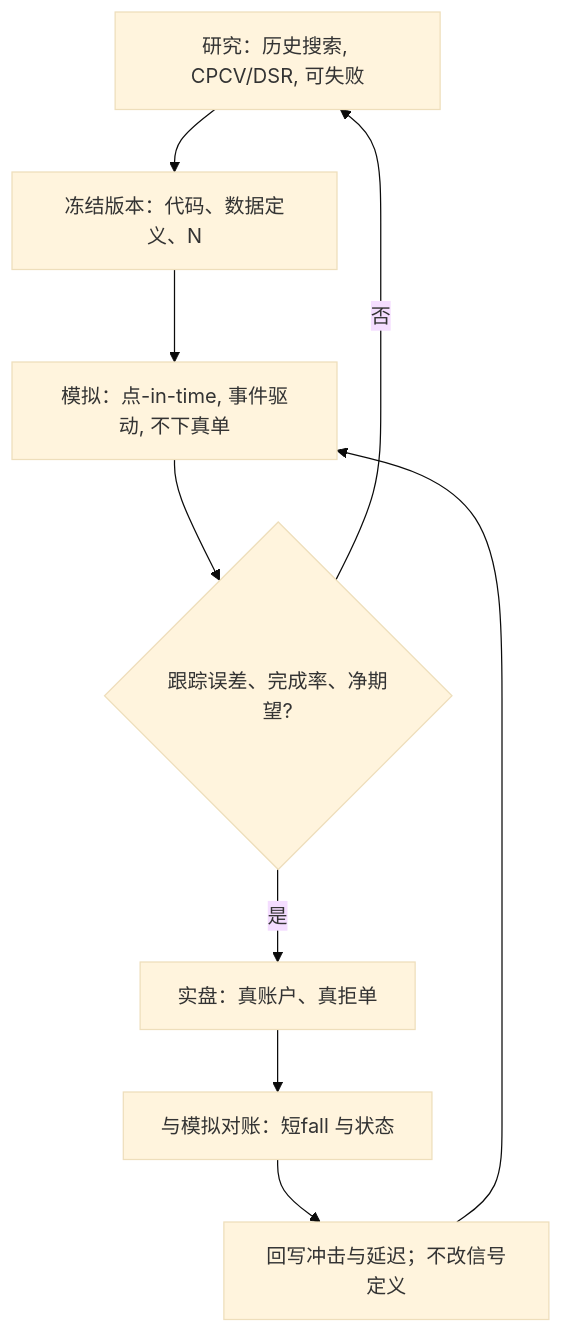
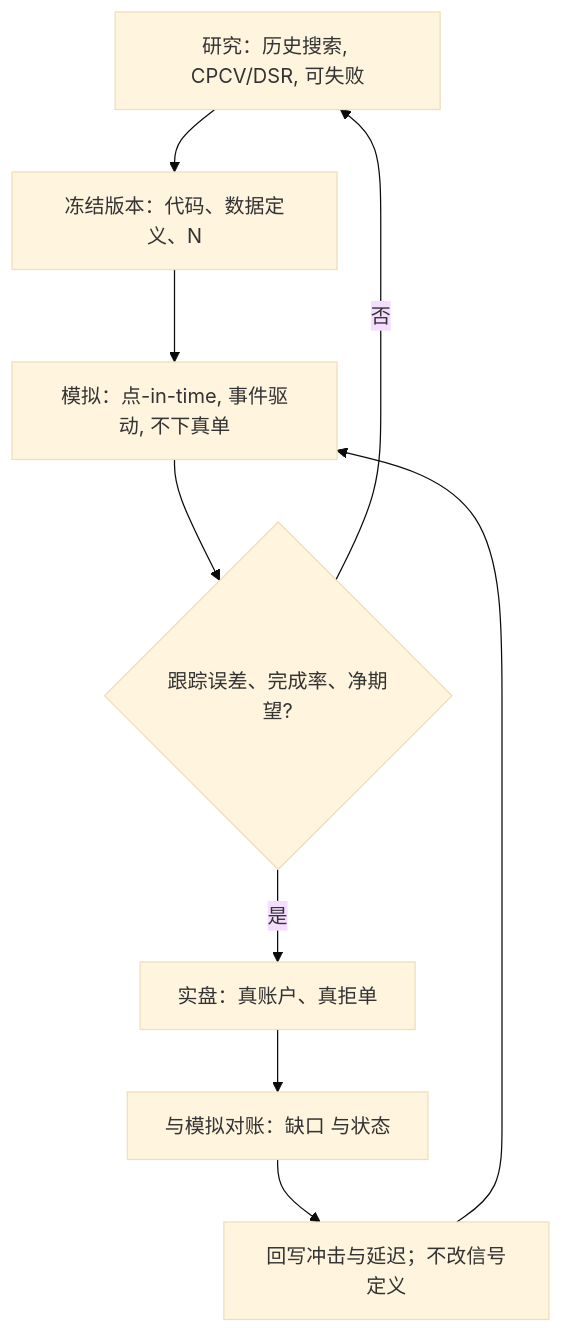
The diagram in docs/quant/research-sim-prod.md (xhongduo-tech/xhongduo-tech.github.io), drawn with Mermaid (base theme) before and after one commit. The commit also changed other lines of this file and 2401 other files, not shown here.

````diff
--- a/docs/quant/research-sim-prod.md
+++ b/docs/quant/research-sim-prod.md
@@ -58,11 +58,11 @@
 ```mermaid
 flowchart TD
   RES["研究：历史搜索, CPCV/DSR, 可失败"] --> FRZ["冻结版本：代码、数据定义、N"]
   FRZ --> SIM["模拟：点-in-time, 事件驱动, 不下真单"]
   SIM --> GATE{"跟踪误差、完成率、净期望?"}
   GATE -->|否| RES
   GATE -->|是| LIVE["实盘：真账户、真拒单"]
-  LIVE --> RECON["与模拟对账：短fall 与状态"]
+  LIVE --> RECON["与模拟对账：缺口 与状态"]
   RECON --> CAL["回写冲击与延迟；不改信号定义"]
   CAL --> SIM
 ```
````
